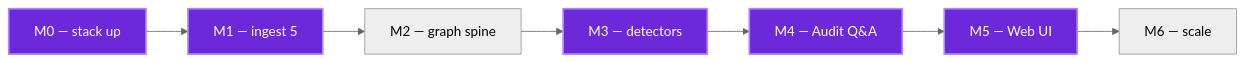
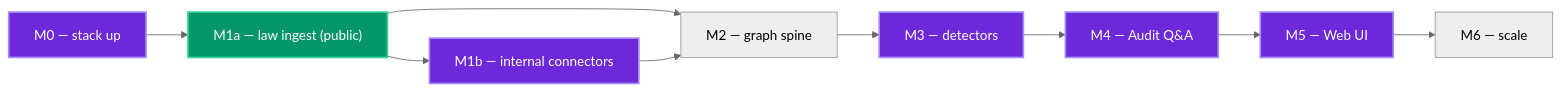
The diagram in docs/project/ROADMAP.md (dannyota/mise), drawn with Mermaid (neutral theme) before and after one commit. The commit also changed other lines of this file and 6 other files, not shown here.

````diff
--- a/docs/project/ROADMAP.md
+++ b/docs/project/ROADMAP.md
@@ -48,11 +49,15 @@
 ```mermaid
 flowchart LR
-    M0["M0 — stack up"] --> M1["M1 — ingest 5"]
-    M1 --> M2["M2 — graph spine"]
+    M0["M0 — stack up"] --> M1a["M1a — law ingest (public)"]
+    M1a --> M1b["M1b — internal connectors"]
+    M1a --> M2["M2 — graph spine"]
+    M1b --> M2
     M2 --> M3["M3 — detectors"]
     M3 --> M4["M4 — Audit Q&A"]
     M4 --> M5["M5 — Web UI"]
     M5 --> M6["M6 — scale"]
     classDef gated fill:#6d28d9,stroke:#a78bfa,color:#fff,stroke-width:2px
-    class M0,M1,M3,M4,M5 gated
+    classDef public fill:#059669,stroke:#34d399,color:#fff,stroke-width:2px
+    class M0,M1b,M3,M4,M5 gated
+    class M1a public
 ```
````
